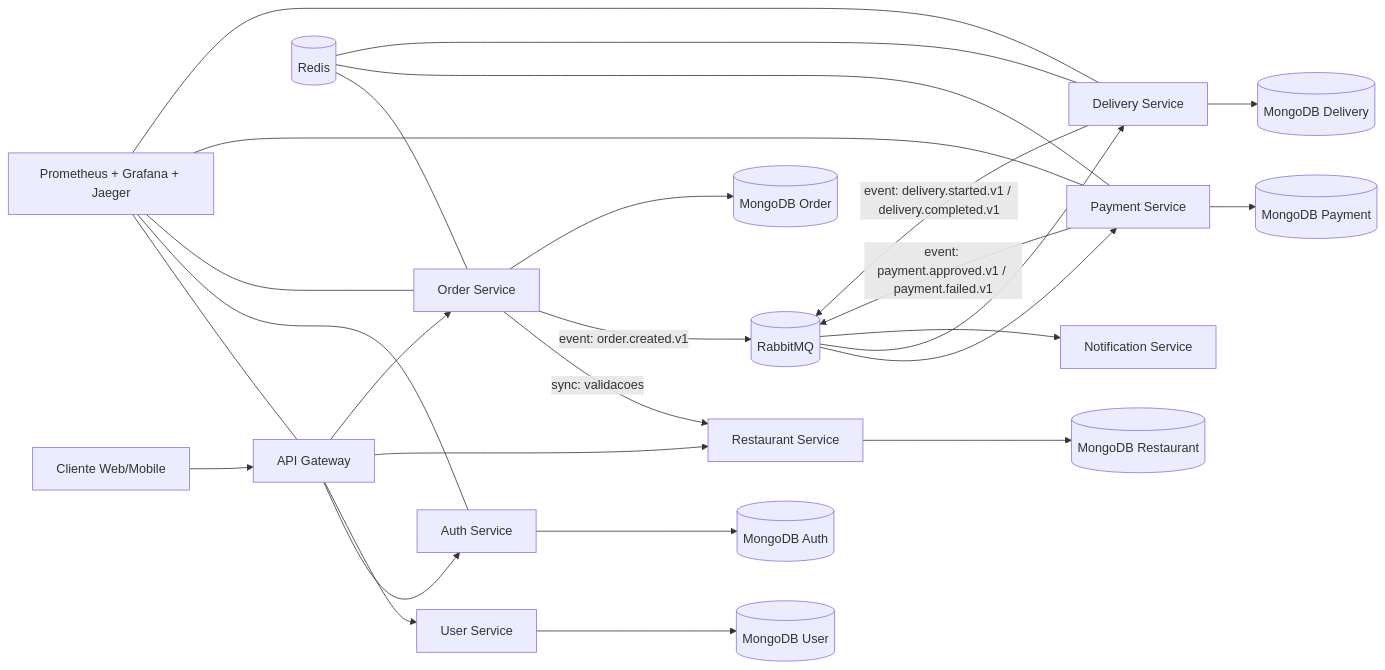
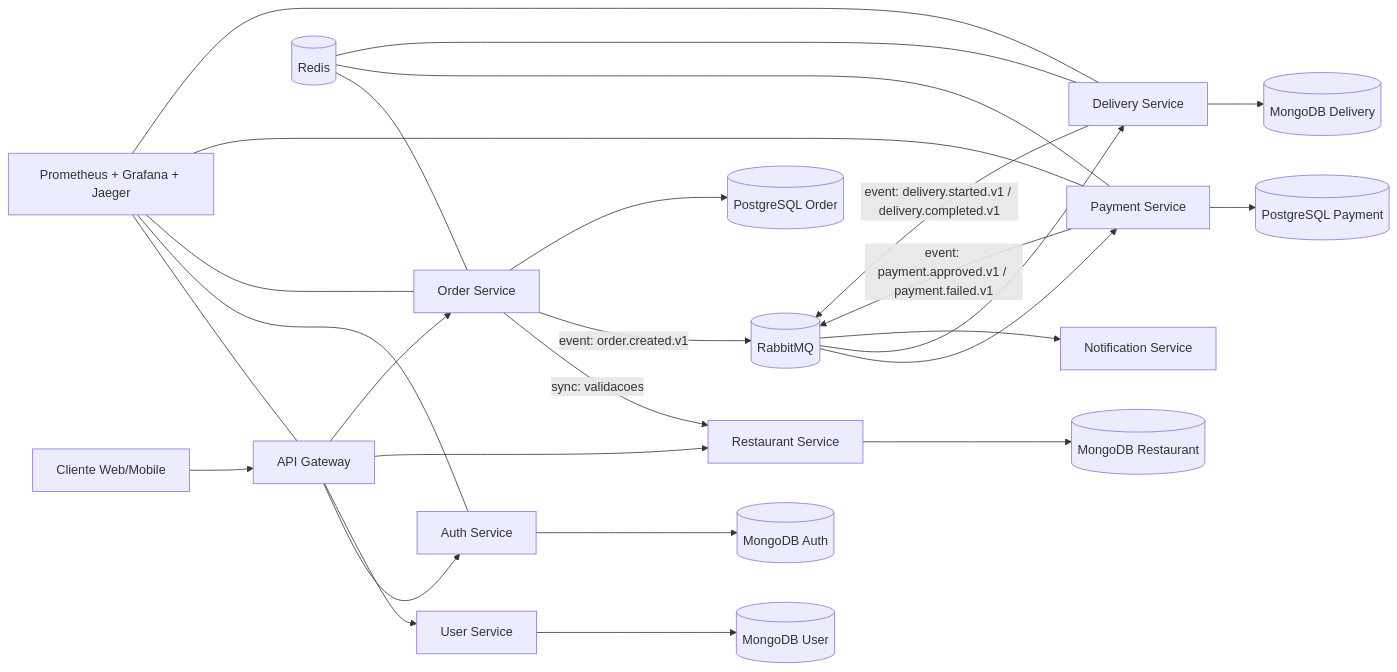
Before and after one commit to Rayan-Aguiar/food_delivery_platform: the first of 4 diagrams in README.md, drawn with Mermaid. The commit also changed other lines of this file and 1 other file, not shown here.

Commit message:
feat(docs): atualizar estratégia de persistência e ordem de desenvolvimento no roadmap

````diff
--- a/README.md
+++ b/README.md
@@ -67,36 +67,36 @@
 ```mermaid
 flowchart LR
     C[Cliente Web/Mobile] --> G[API Gateway]
 
     G --> A[Auth Service]
     G --> U[User Service]
     G --> R[Restaurant Service]
     G --> O[Order Service]
 
     O -->|sync: validacoes| R
     O -->|event: order.created.v1| X[(RabbitMQ)]
 
     X --> P[Payment Service]
     X --> D[Delivery Service]
     X --> N[Notification Service]
 
     P -->|event: payment.approved.v1 / payment.failed.v1| X
     D -->|event: delivery.started.v1 / delivery.completed.v1| X
 
     A --> MA[(MongoDB Auth)]
     U --> MU[(MongoDB User)]
     R --> MR[(MongoDB Restaurant)]
-    O --> MO[(MongoDB Order)]
-    P --> MP[(MongoDB Payment)]
+    O --> PO[(PostgreSQL Order)]
+    P --> PP[(PostgreSQL Payment)]
     D --> MD[(MongoDB Delivery)]
 
     S[(Redis)] --- O
     S --- P
     S --- D
 
     Obs[Prometheus + Grafana + Jaeger] --- G
     Obs --- A
     Obs --- O
     Obs --- P
     Obs --- D
 ```
````
